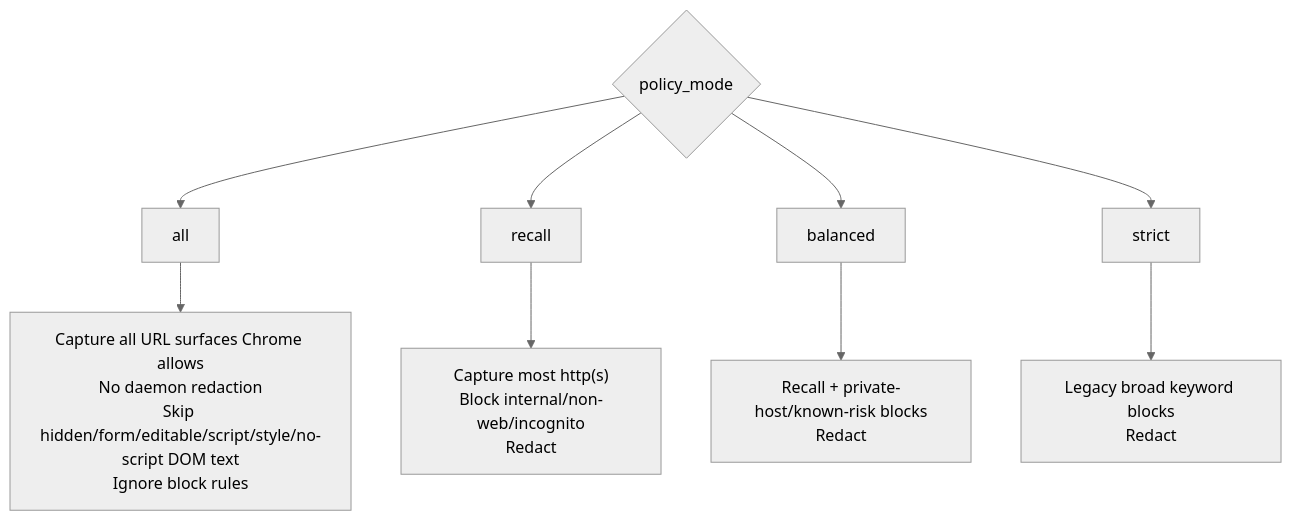
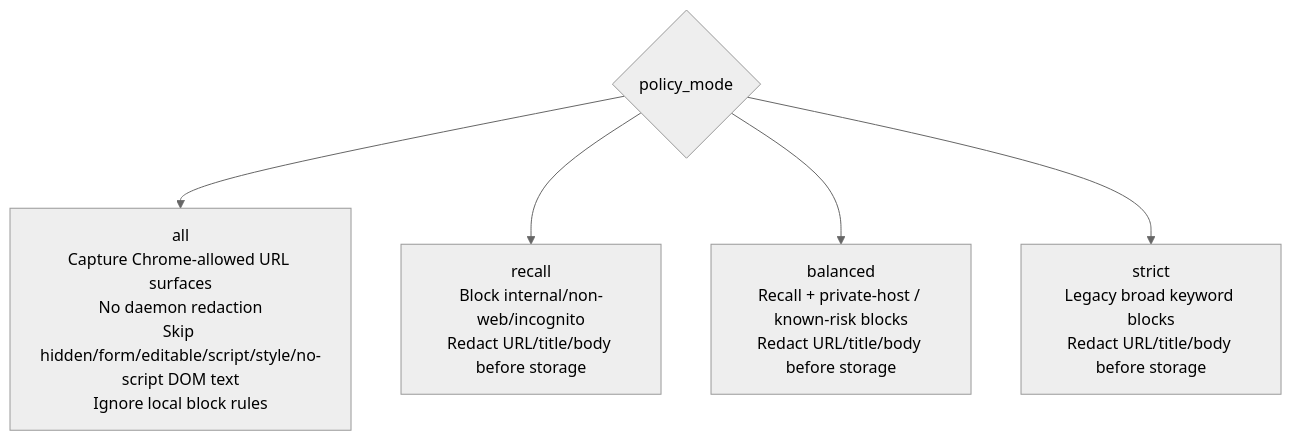
Before and after one commit to michaelnicks0/browser-memory-daemon: the second of 8 diagrams in docs/DIAGRAMS.md, drawn with Mermaid (neutral theme). The commit also changed other lines of this file and 105 other files, not shown here.

Commit message:
docs: reconcile C4 and behavioral diagrams

````diff
--- a/docs/DIAGRAMS.md
+++ b/docs/DIAGRAMS.md
@@ -54,13 +49,8 @@
 ```mermaid
 flowchart TD
-  Mode{policy_mode}
-  Mode --> All["all"]
-  Mode --> Recall["recall"]
-  Mode --> Balanced["balanced"]
-  Mode --> Strict["strict"]
-
-  All --> AllOutcome["Capture all URL surfaces Chrome allows<br/>No daemon redaction<br/>Skip hidden/form/editable/script/style/no-script DOM text<br/>Ignore block rules"]
-  Recall --> RecallOutcome["Capture most http(s)<br/>Block internal/non-web/incognito<br/>Redact"]
-  Balanced --> BalancedOutcome["Recall + private-host/known-risk blocks<br/>Redact"]
-  Strict --> StrictOutcome["Legacy broad keyword blocks<br/>Redact"]
+  Mode{"policy_mode"}
+  Mode --> All["all<br/>Capture Chrome-allowed URL surfaces<br/>No daemon redaction<br/>Skip hidden/form/editable/script/style/no-script DOM text<br/>Ignore local block rules"]
+  Mode --> Recall["recall<br/>Block internal/non-web/incognito<br/>Redact URL/title/body before storage"]
+  Mode --> Balanced["balanced<br/>Recall + private-host / known-risk blocks<br/>Redact URL/title/body before storage"]
+  Mode --> Strict["strict<br/>Legacy broad keyword blocks<br/>Redact URL/title/body before storage"]
 ```
````
